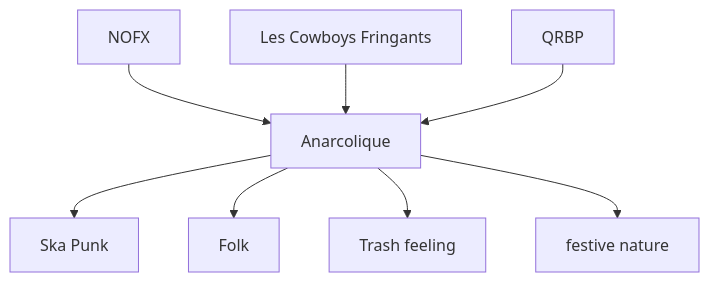
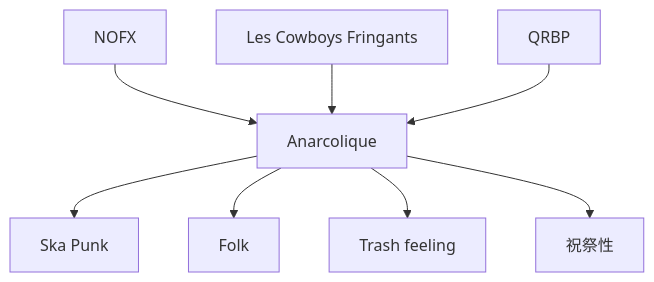
The sixth of 7 diagrams in en/_posts/2026-05-09-column-jerome-50.md (monumental-movement/monumental-movement.github.io), drawn with Mermaid before and after one commit. The commit also changed other lines of this file and 2196 other files, not shown here.

```diff
--- a/en/_posts/2026-05-09-column-jerome-50.md
+++ b/en/_posts/2026-05-09-column-jerome-50.md
@@ -284,10 +284,10 @@
 <div class="mermaid">
 graph TD
 A[NOFX] --> D[Anarcolique]
 B[Les Cowboys Fringants] --> D
 C[QRBP] --> D
 D --> E[Ska Punk]
 D --> F[Folk]
 D --> G[Trash feeling]
-D --> H[festive nature]
+D --> H[祝祭性]
 </div>
```
